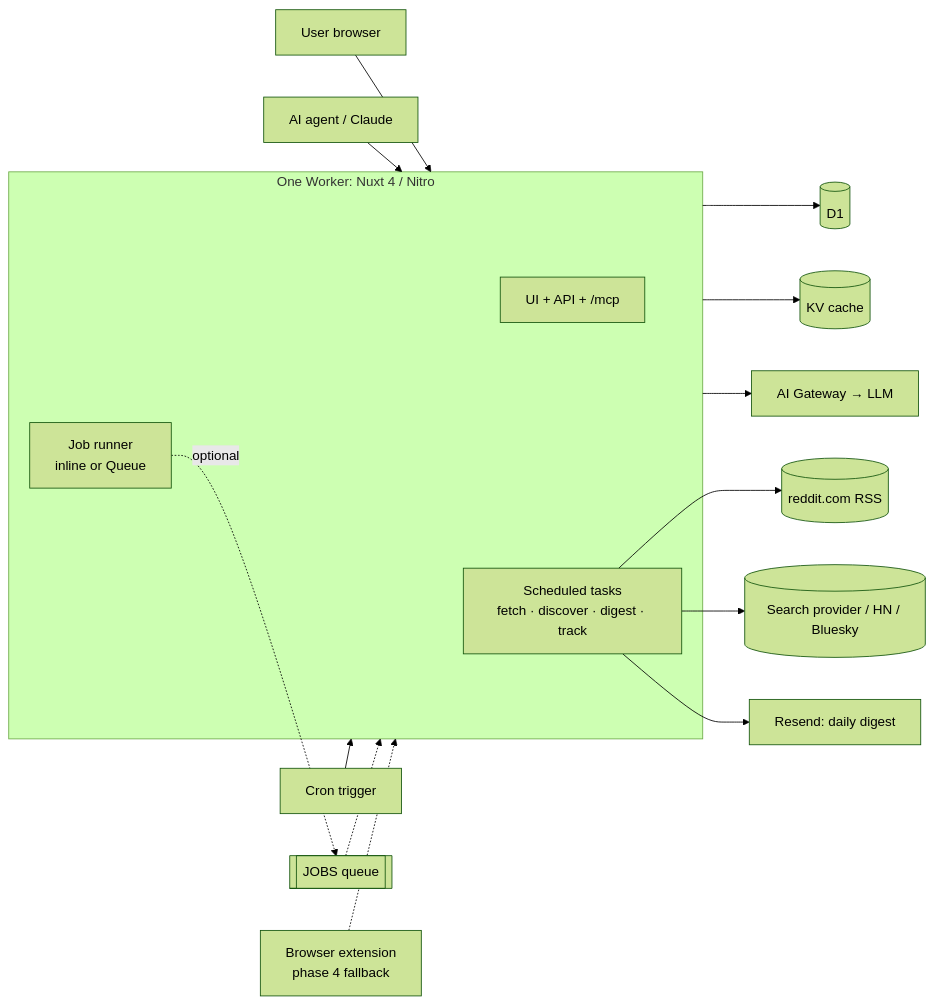
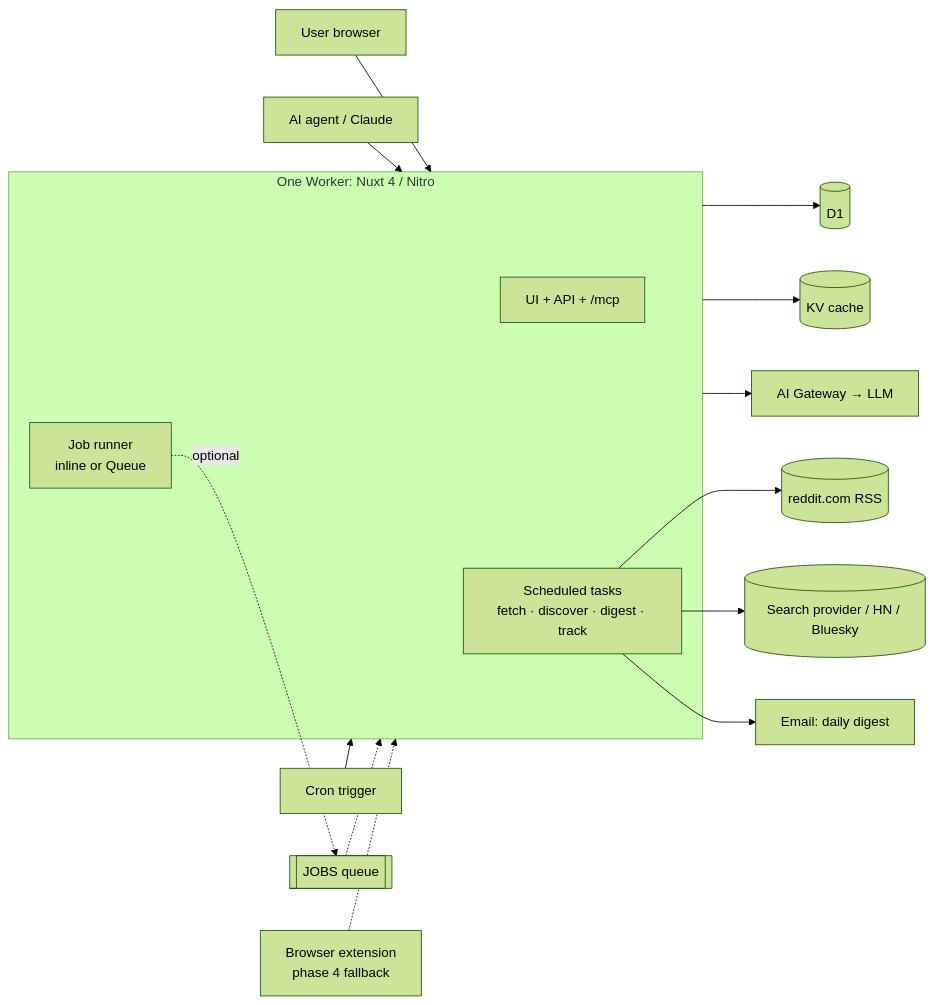
The diagram in docs/arch.md (zernonia/mochiscout), drawn with Mermaid (forest theme) before and after one commit. The commit also changed other lines of this file and 9 other files, not shown here.

First line of the commit message:
Send email with Cloudflare Email Service, Resend as fallback

````diff
--- a/docs/arch.md
+++ b/docs/arch.md
@@ -23,20 +23,20 @@
 ```mermaid
 flowchart LR
   U[User browser] --> W
   A[AI agent / Claude] --> W
   C[Cron trigger] --> W
   subgraph W[One Worker: Nuxt 4 / Nitro]
     UI[UI + API + /mcp]
     T[Scheduled tasks<br/>fetch · discover · digest · track]
     J[Job runner<br/>inline or Queue]
   end
   W --> D1[(D1)]
   W --> KV[(KV cache)]
   W --> AIG[AI Gateway → LLM]
   J -. optional .-> Q[[JOBS queue]]
   Q -.-> W
   T --> RSS[(reddit.com RSS)]
   T --> SRC[(Search provider / HN / Bluesky)]
-  T --> MAIL[Resend: daily digest]
+  T --> MAIL[Email: daily digest]
   EXT[Browser extension<br/>phase 4 fallback] -.-> W
 ```
````
